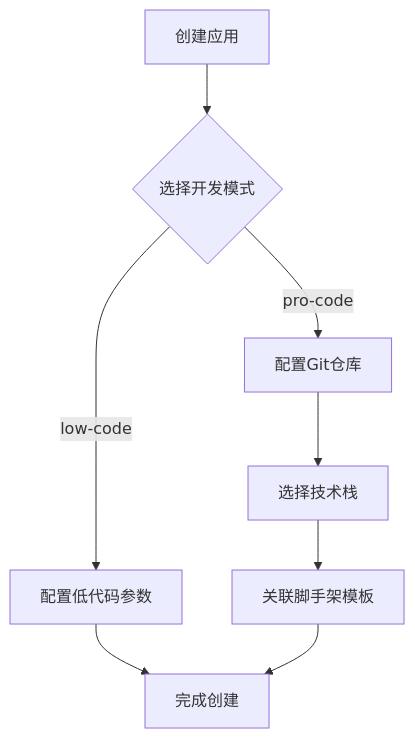
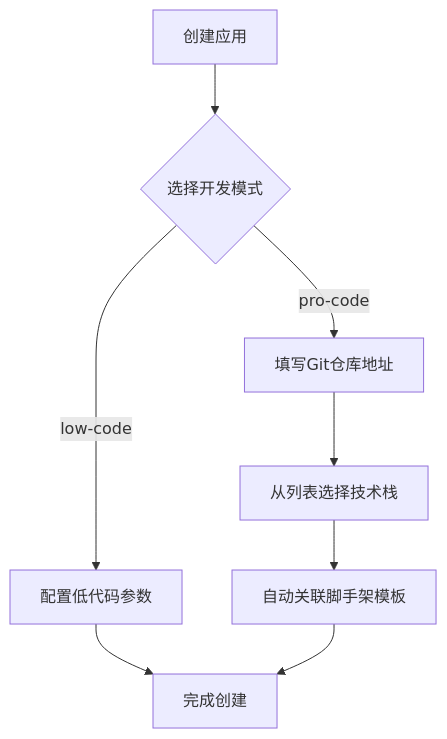
Before and after one commit to qdw497874677/high-code-doc: the first of 4 diagrams in docs/plans/procode-platform/hld/hld.md, drawn with Mermaid. The commit also changed other lines of this file, not shown here.

Commit message:
优化概要设计：明确技术栈选择流程

````diff
--- a/docs/plans/procode-platform/hld/hld.md
+++ b/docs/plans/procode-platform/hld/hld.md
@@ -76,10 +76,10 @@
 ```mermaid
 flowchart TD
     A[创建应用] --> B{选择开发模式}
     B -->|low-code| C[配置低代码参数]
-    B -->|pro-code| D[配置Git仓库]
-    D --> E[选择技术栈]
-    E --> F[关联脚手架模板]
+    B -->|pro-code| D[填写Git仓库地址]
+    D --> E[从列表选择技术栈]
+    E --> F[自动关联脚手架模板]
     C --> G[完成创建]
     F --> G
 ```
````
